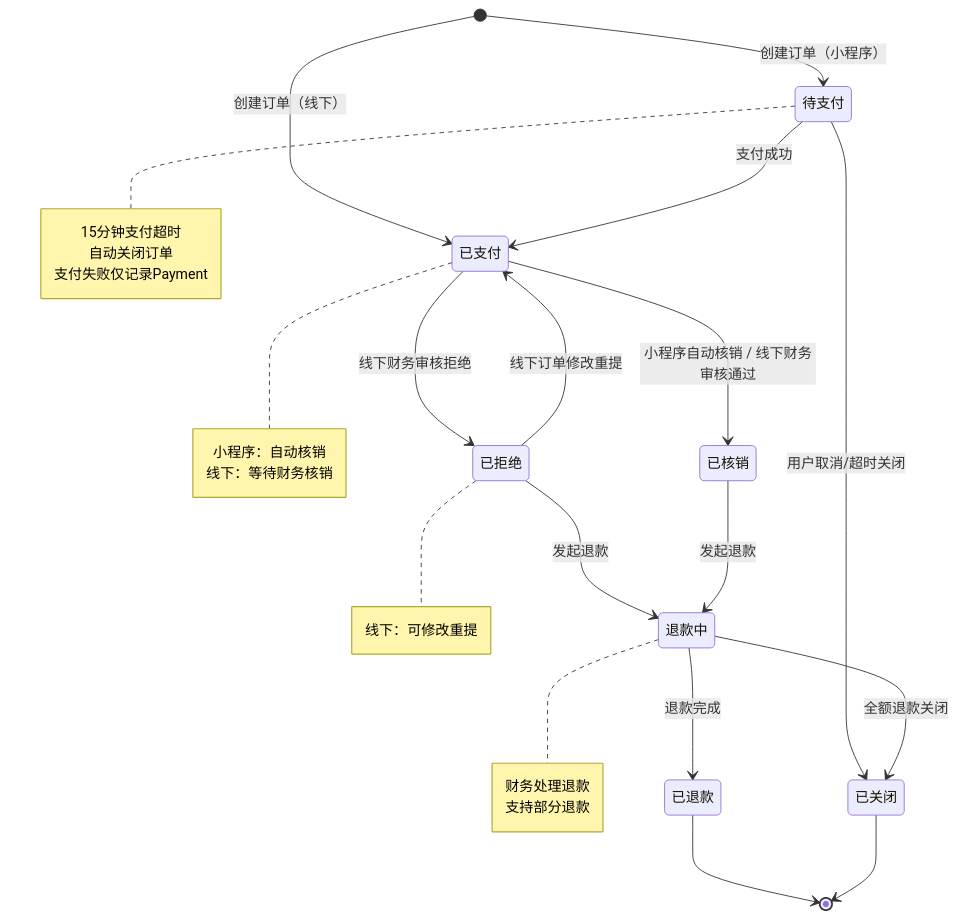
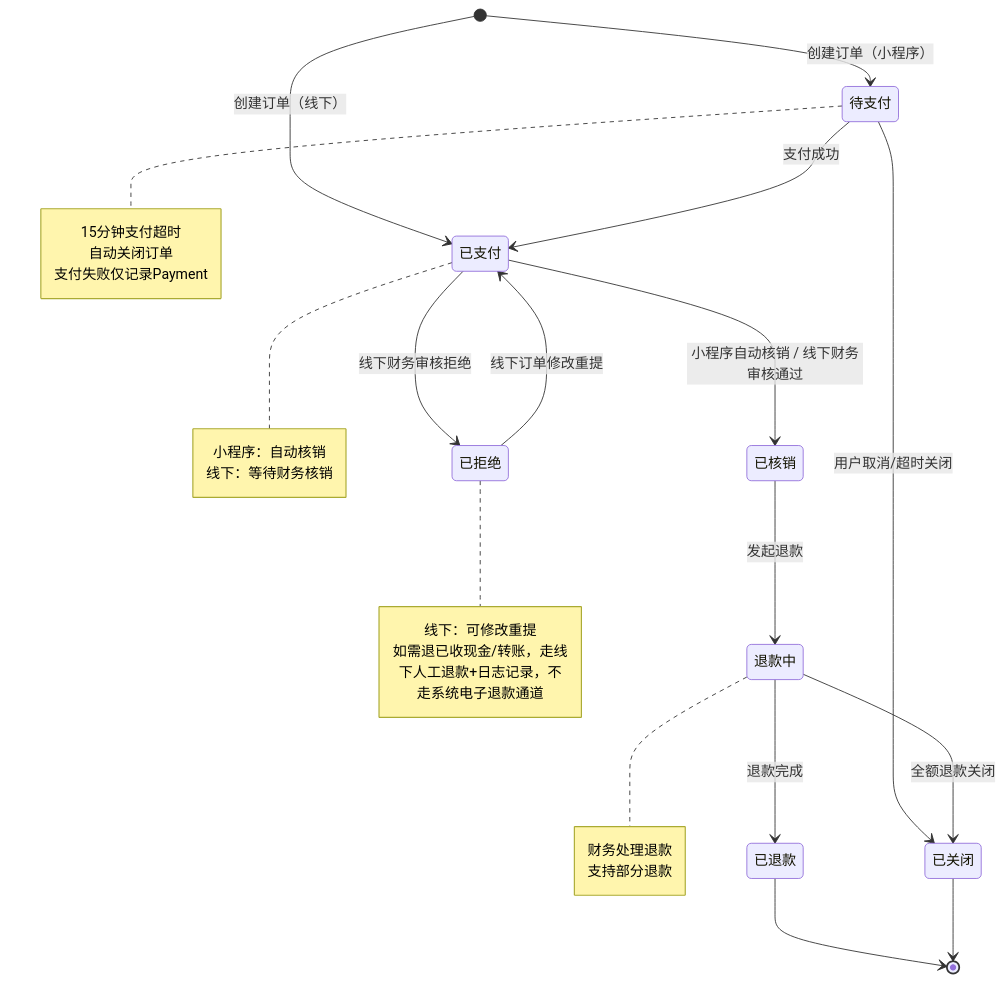
Before and after one commit to zingxy/side-job: the fourth of 8 diagrams in 课程培训平台/PRD.md, drawn with Mermaid. The commit also changed other lines of this file and 1 other file, not shown here.

````diff
--- a/课程培训平台/PRD.md
+++ b/课程培训平台/PRD.md
@@ -260,36 +261,36 @@
 ```mermaid
 stateDiagram-v2
     [*] --> 待支付 : 创建订单（小程序）
     [*] --> 已支付 : 创建订单（线下）
     待支付 --> 已支付 : 支付成功
     待支付 --> 已关闭 : 用户取消/超时关闭
     已支付 --> 已核销 : 小程序自动核销 / 线下财务审核通过
     已支付 --> 已拒绝 : 线下财务审核拒绝
     已拒绝 --> 已支付 : 线下订单修改重提
-    已拒绝 --> 退款中 : 发起退款
     已核销 --> 退款中 : 发起退款
     退款中 --> 已退款 : 退款完成
     退款中 --> 已关闭 : 全额退款关闭
     已退款 --> [*]
     已关闭 --> [*]
 
     note right of 待支付
         15分钟支付超时
         自动关闭订单
         支付失败仅记录Payment
     end note
 
     note right of 已支付
         小程序：自动核销
         线下：等待财务核销
     end note
 
     note right of 已拒绝
         线下：可修改重提
+        如需退已收现金/转账，走线下人工退款+日志记录，不走系统电子退款通道
     end note
 
     note right of 退款中
         财务处理退款
         支持部分退款
     end note
 ```
````
